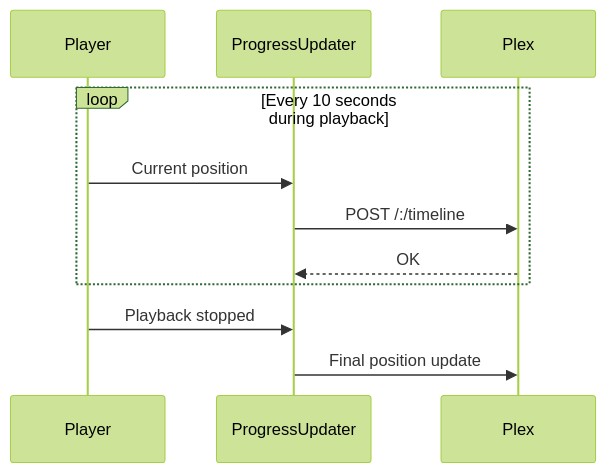
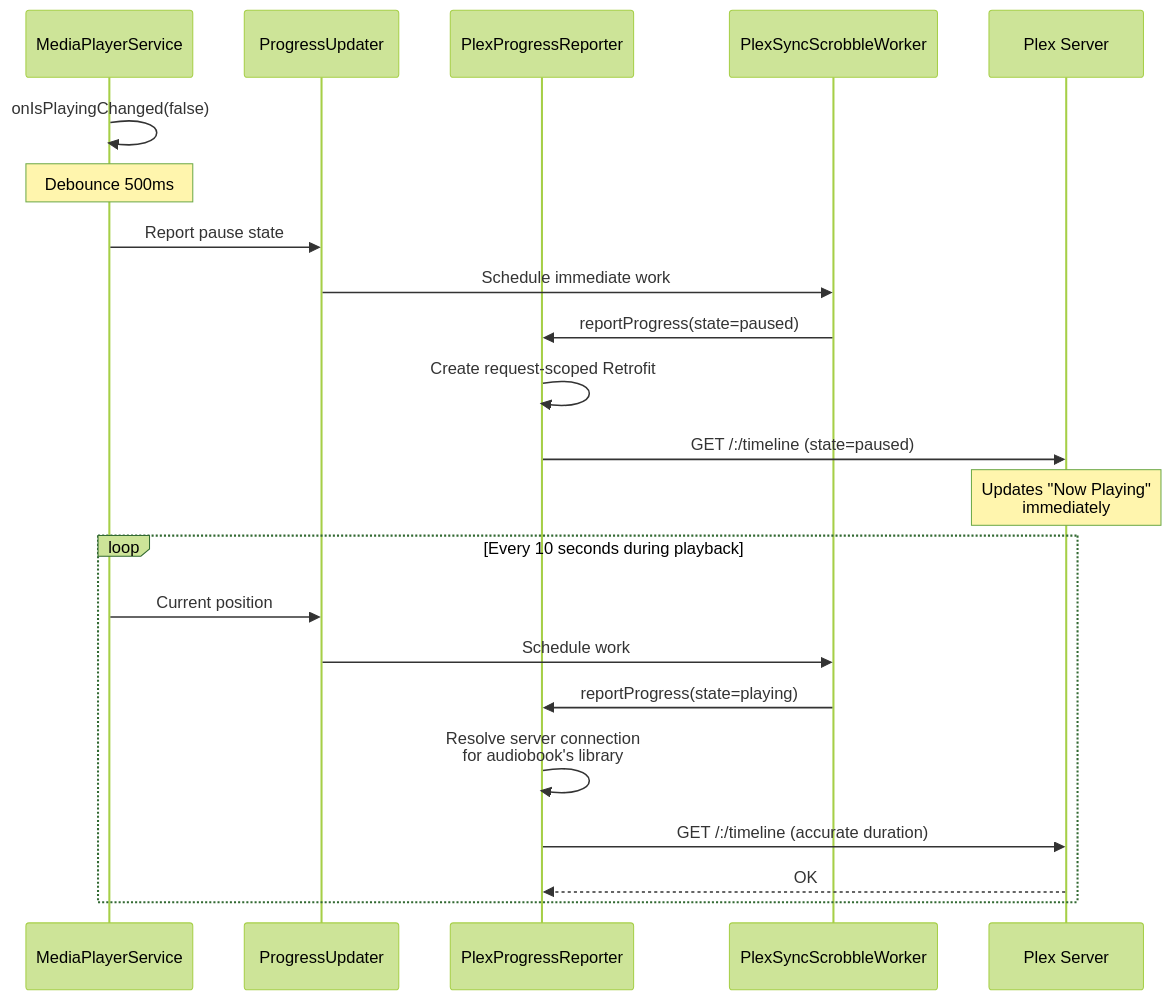
Before and after one commit to travsart/chronicle: the sixth of 6 diagrams in docs/features/playback.md, drawn with Mermaid (forest theme). The commit also changed other lines of this file and 4 other files, not shown here.

````diff
--- a/docs/features/playback.md
+++ b/docs/features/playback.md
@@ -335,15 +335,26 @@
 ```mermaid
 sequenceDiagram
-    participant Player
+    participant Player as MediaPlayerService
     participant ProgressUpdater
-    participant Plex
+    participant PlexProgressReporter
+    participant Worker as PlexSyncScrobbleWorker
+    participant Plex as Plex Server
+    
+    Player->>Player: onIsPlayingChanged(false)
+    Note over Player: Debounce 500ms
+    Player->>ProgressUpdater: Report pause state
+    ProgressUpdater->>Worker: Schedule immediate work
+    Worker->>PlexProgressReporter: reportProgress(state=paused)
+    PlexProgressReporter->>PlexProgressReporter: Create request-scoped Retrofit
+    PlexProgressReporter->>Plex: GET /:/timeline (state=paused)
+    Note over Plex: Updates "Now Playing"<br/>immediately
     
     loop Every 10 seconds during playback
         Player->>ProgressUpdater: Current position
-        ProgressUpdater->>Plex: POST /:/timeline
-        Plex-->>ProgressUpdater: OK
+        ProgressUpdater->>Worker: Schedule work
+        Worker->>PlexProgressReporter: reportProgress(state=playing)
+        PlexProgressReporter->>PlexProgressReporter: Resolve server connection<br/>for audiobook's library
+        PlexProgressReporter->>Plex: GET /:/timeline (accurate duration)
+        Plex-->>PlexProgressReporter: OK
     end
-    
-    Player->>ProgressUpdater: Playback stopped
-    ProgressUpdater->>Plex: Final position update
 ```
````
